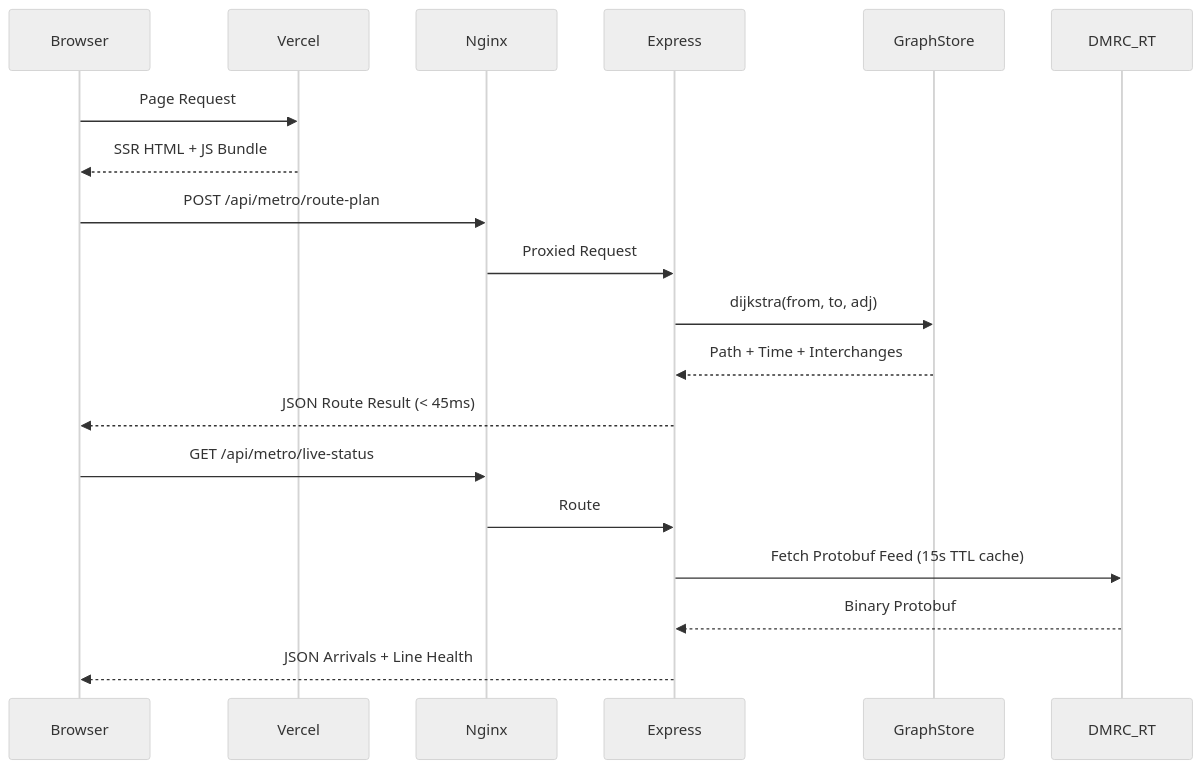
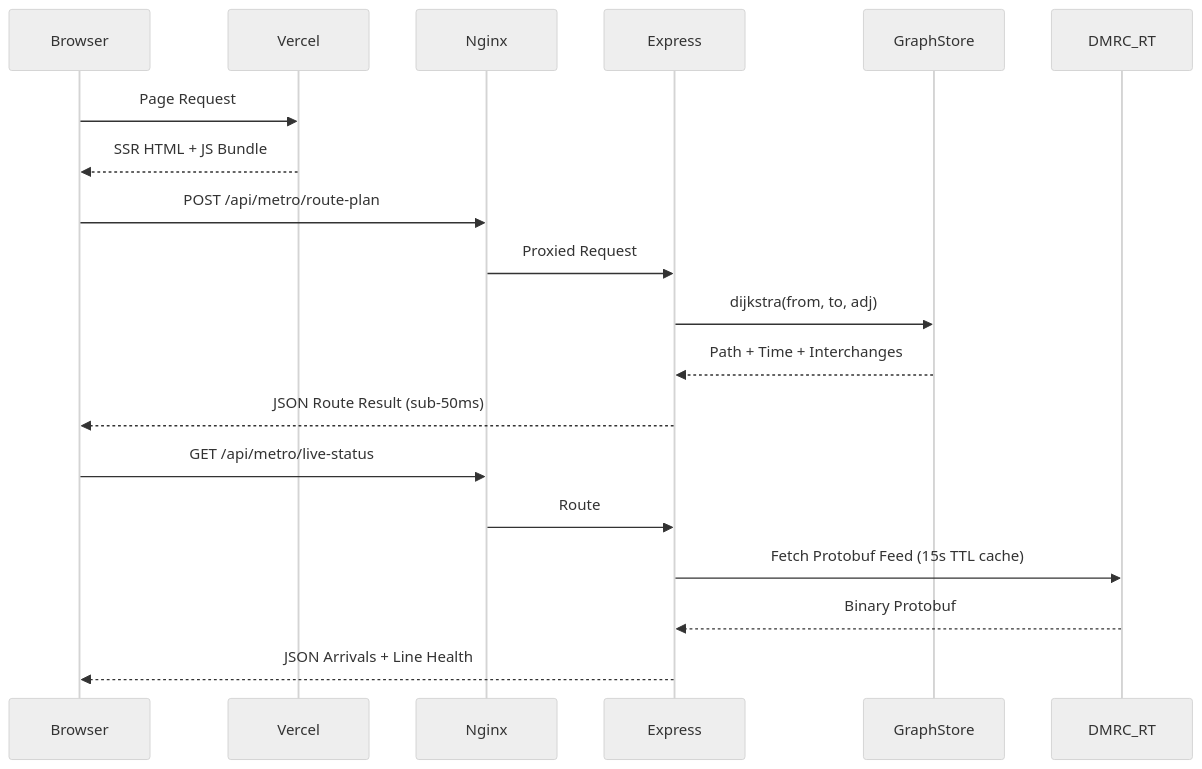
One commit to adya-hub/metromate changed the second of 6 diagrams in README.md. Above: the diagram before and after it, drawn with Mermaid (neutral theme). The commit also changed other lines of this file and 15 other files, not shown here.

````diff
--- a/README.md
+++ b/README.md
@@ -124,23 +124,23 @@
 ```mermaid
 sequenceDiagram
     participant Browser
     participant Vercel
     participant Nginx
     participant Express
     participant GraphStore
     participant DMRC_RT
 
     Browser->>Vercel: Page Request
     Vercel-->>Browser: SSR HTML + JS Bundle
     Browser->>Nginx: POST /api/metro/route-plan
     Nginx->>Express: Proxied Request
     Express->>GraphStore: dijkstra(from, to, adj)
     GraphStore-->>Express: Path + Time + Interchanges
-    Express-->>Browser: JSON Route Result (< 45ms)
+    Express-->>Browser: JSON Route Result (sub-50ms)
 
     Browser->>Nginx: GET /api/metro/live-status
     Nginx->>Express: Route
     Express->>DMRC_RT: Fetch Protobuf Feed (15s TTL cache)
     DMRC_RT-->>Express: Binary Protobuf
     Express-->>Browser: JSON Arrivals + Line Health
 ```
````
